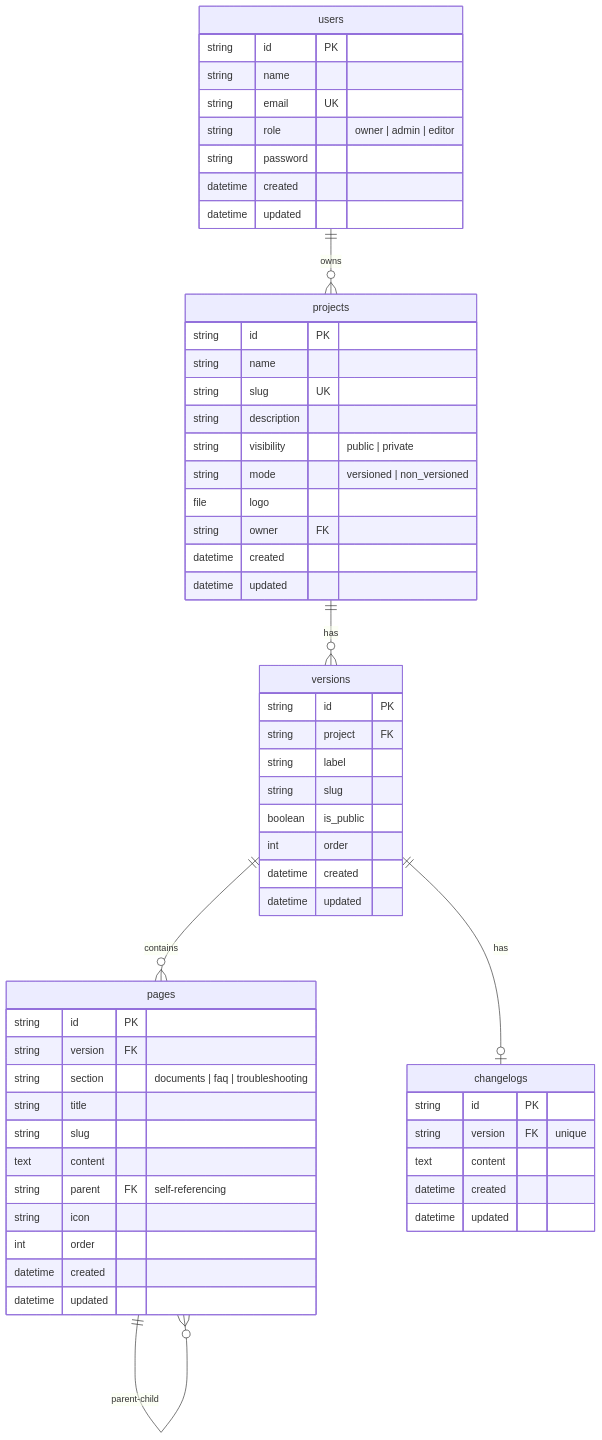
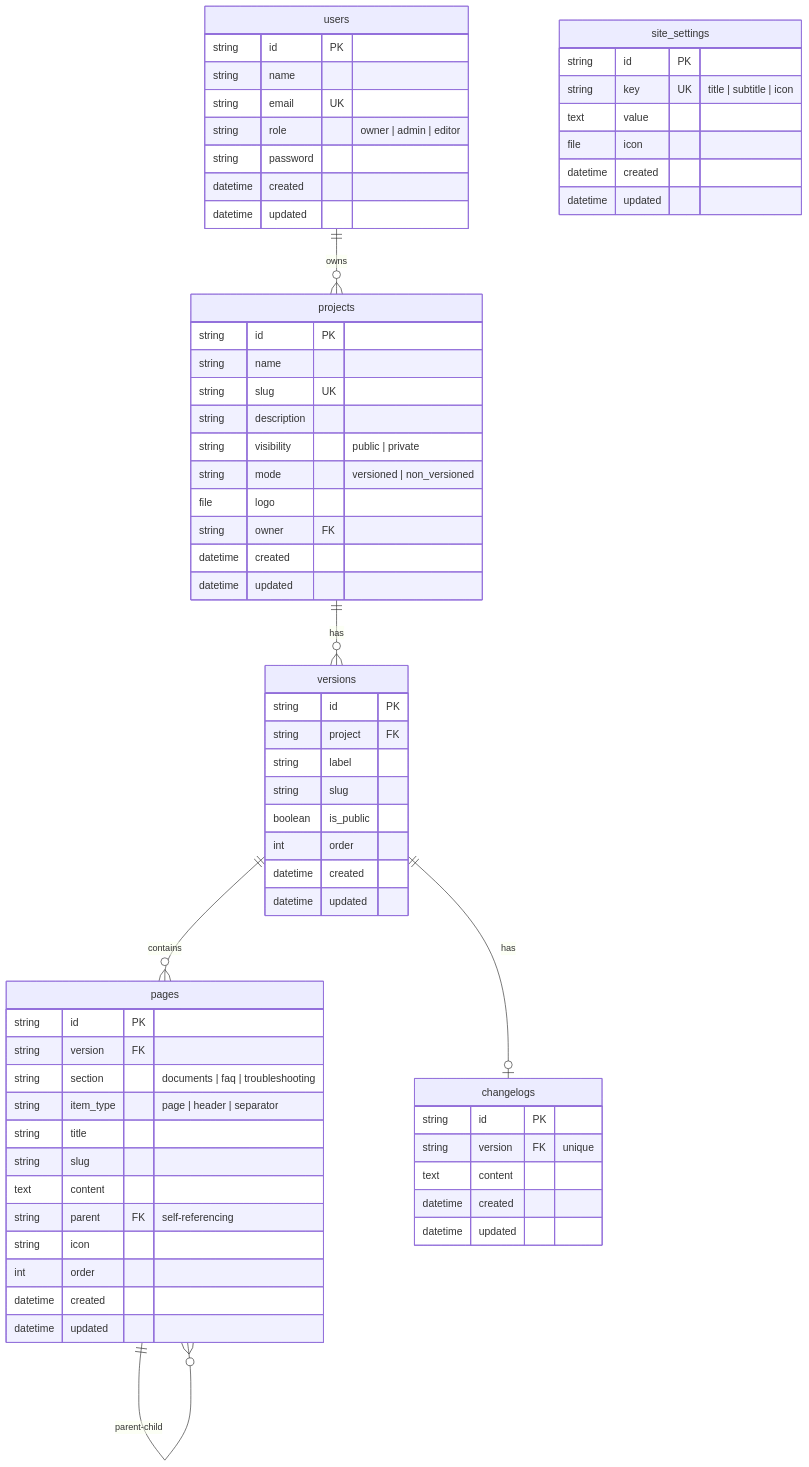
One commit to devAlphaSystem/Alpha-System-PocketDocs changed the third of 5 diagrams in docs/architecture.md. Above: the diagram before and after it, drawn with Mermaid. The commit also changed other lines of this file and 67 other files, not shown here.

````diff
--- a/docs/architecture.md
+++ b/docs/architecture.md
@@ -98,64 +98,74 @@
 ```mermaid
 erDiagram
     users {
         string id PK
         string name
         string email UK
         string role "owner | admin | editor"
         string password
         datetime created
         datetime updated
     }
 
     projects {
         string id PK
         string name
         string slug UK
         string description
         string visibility "public | private"
         string mode "versioned | non_versioned"
         file logo
         string owner FK
         datetime created
         datetime updated
     }
 
     versions {
         string id PK
         string project FK
         string label
         string slug
         boolean is_public
         int order
         datetime created
         datetime updated
     }
 
     pages {
         string id PK
         string version FK
         string section "documents | faq | troubleshooting"
+        string item_type "page | header | separator"
         string title
         string slug
         text content
         string parent FK "self-referencing"
         string icon
         int order
         datetime created
         datetime updated
     }
 
     changelogs {
         string id PK
         string version FK "unique"
         text content
         datetime created
         datetime updated
     }
 
+    site_settings {
+        string id PK
+        string key UK "title | subtitle | icon"
+        text value
+        file icon
+        datetime created
+        datetime updated
+    }
+
     users ||--o{ projects : "owns"
     projects ||--o{ versions : "has"
     versions ||--o{ pages : "contains"
     versions ||--o| changelogs : "has"
     pages ||--o{ pages : "parent-child"
 ```
````
